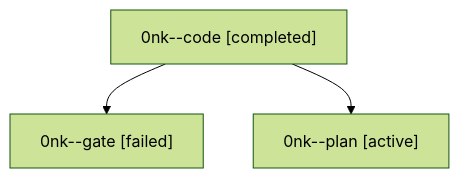
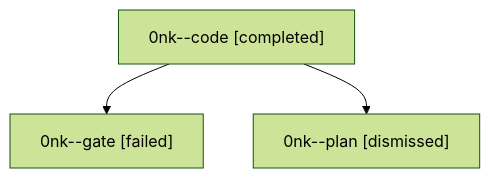
Before and after one commit to sase-org/sase--agents: the diagram in sessions/bbugyi200.athena.0nk.md, drawn with Mermaid (forest theme). The commit also changed other lines of this file and 36 other files, not shown here.

````diff
--- a/sessions/bbugyi200.athena.0nk.md
+++ b/sessions/bbugyi200.athena.0nk.md
@@ -9,8 +9,8 @@
 ```mermaid
 flowchart TD
   n0["0nk--code [completed]"]
   n1["0nk--gate [failed]"]
   n0 --> n1
-  n2["0nk--plan [active]"]
+  n2["0nk--plan [dismissed]"]
   n0 --> n2
 ```
````
